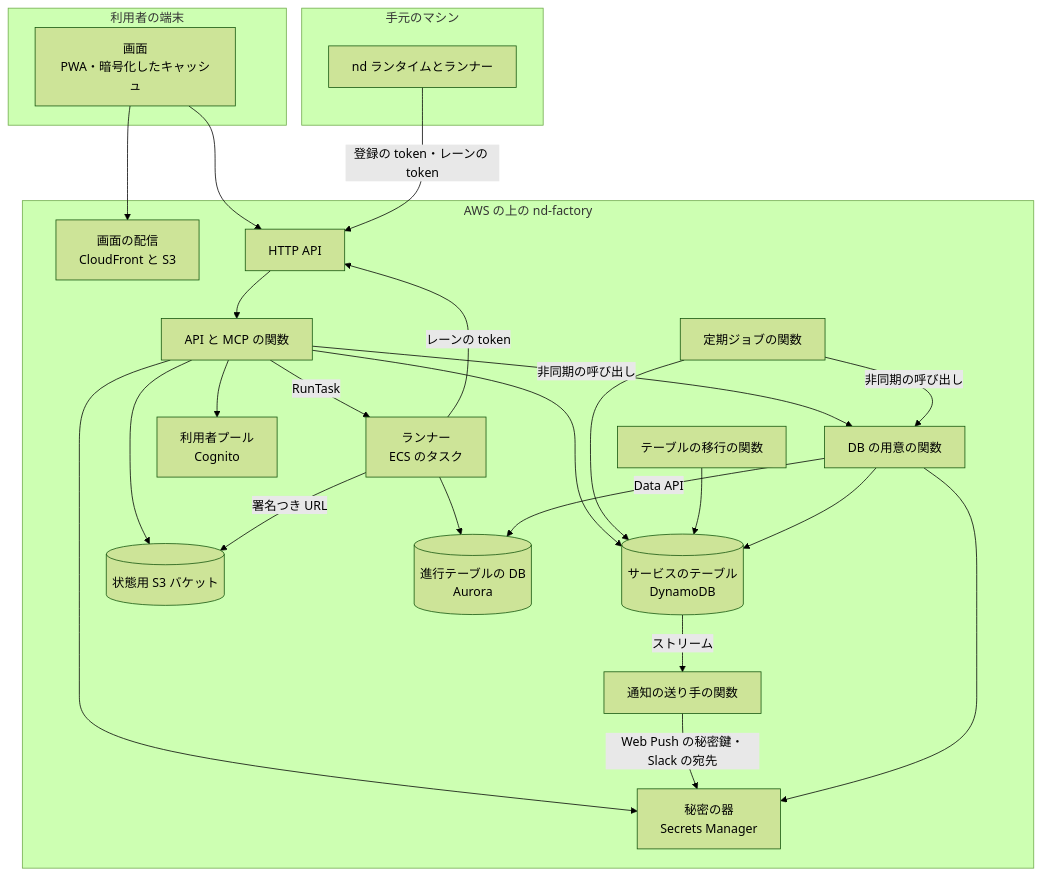
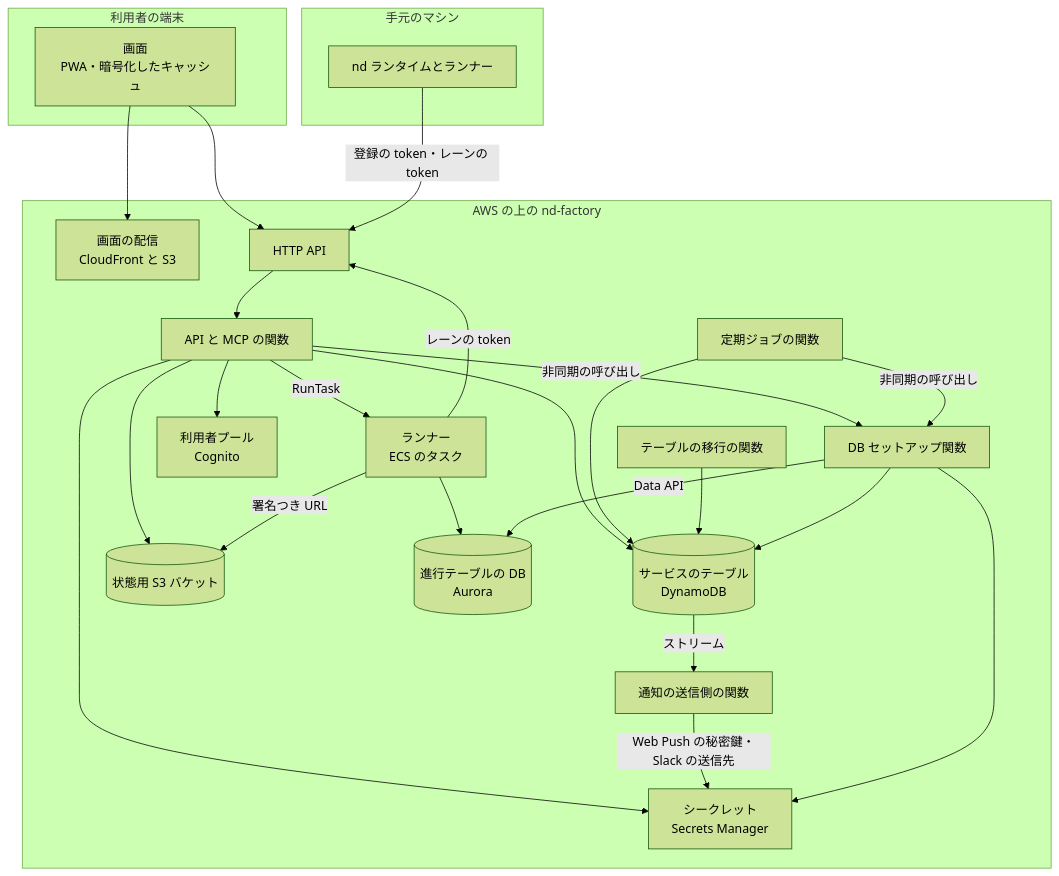
The second of 3 diagrams in docs/design/platform.md (devbasex/nd-factory), drawn with Mermaid (forest theme) before and after one commit. The commit also changed other lines of this file and 16 other files, not shown here.

First line of the commit message:
Docs: 設計書を通読し、エンジニアが使わない造語・直訳（道具・地図・頭書き・失敗のアイテムなど）を書き換える（利用者の指示）

````diff
--- a/docs/design/platform.md
+++ b/docs/design/platform.md
@@ -85,45 +85,45 @@
 ```mermaid
 graph TD
     subgraph DEV[利用者の端末]
         WEB["画面<br/>PWA・暗号化したキャッシュ"]
     end
     subgraph AWS["AWS の上の nd-factory"]
         CDN["画面の配信<br/>CloudFront と S3"]
         HAPI[HTTP API]
         API[API と MCP の関数]
         PAT[定期ジョブの関数]
-        NTF[通知の送り手の関数]
+        NTF[通知の送信側の関数]
         MIG[テーブルの移行の関数]
-        PREP[DB の用意の関数]
+        PREP[DB セットアップ関数]
         IDP["利用者プール<br/>Cognito"]
         DDB[("サービスのテーブル<br/>DynamoDB")]
         ST[(状態用 S3 バケット)]
-        SM["秘密の器<br/>Secrets Manager"]
+        SM["シークレット<br/>Secrets Manager"]
         RUN["ランナー<br/>ECS のタスク"]
         PG[("進行テーブルの DB<br/>Aurora")]
     end
     subgraph LOCAL[手元のマシン]
         NDR[nd ランタイムとランナー]
     end
     WEB --> CDN
     WEB --> HAPI
     HAPI --> API
     API --> IDP
     API --> DDB
     API --> ST
     API --> SM
     API -->|RunTask| RUN
     API -->|非同期の呼び出し| PREP
     PAT --> DDB
     PAT -->|非同期の呼び出し| PREP
     DDB -->|ストリーム| NTF
-    NTF -->|Web Push の秘密鍵・Slack の宛先| SM
+    NTF -->|Web Push の秘密鍵・Slack の送信先| SM
     MIG --> DDB
     RUN -->|レーンの token| HAPI
     RUN --> PG
     RUN -->|署名つき URL| ST
     PREP -->|Data API| PG
     PREP --> SM
     PREP --> DDB
     NDR -->|登録の token・レーンの token| HAPI
 ```
````
